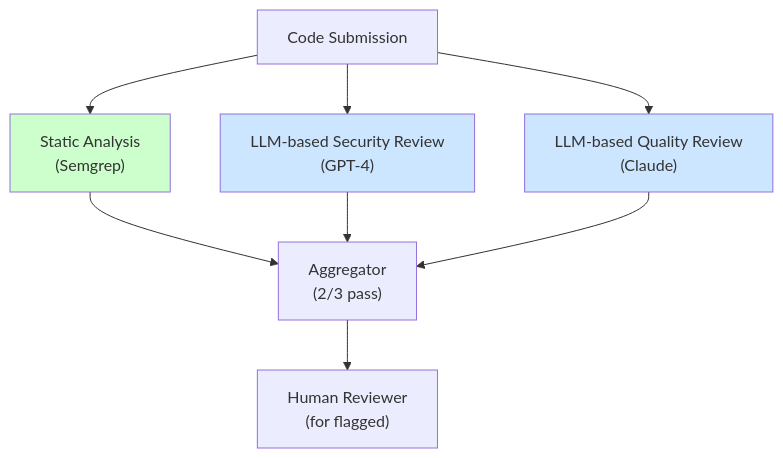
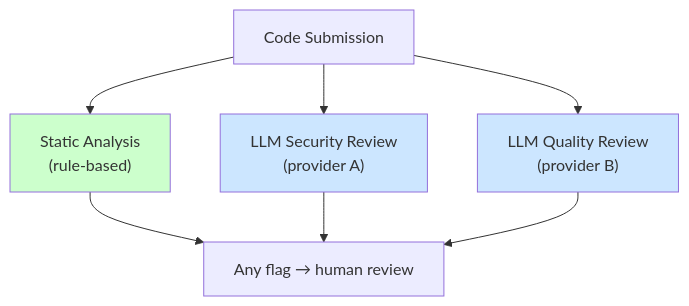
One commit to quantified-uncertainty/cairn changed the first of 9 diagrams in apps/delegation-risk/src/content/docs/entanglements/case-studies/examples.md. Above: the diagram before and after it, drawn with Mermaid. The commit also changed other lines of this file and 253 other files, not shown here.

````diff
--- a/apps/delegation-risk/src/content/docs/entanglements/case-studies/examples.md
+++ b/apps/delegation-risk/src/content/docs/entanglements/case-studies/examples.md
@@ -19,15 +23,14 @@
 ```mermaid
 flowchart TB
     CS[Code Submission]
-    CS --> SA["Static Analysis<br/>(Semgrep)"]
-    CS --> SR["LLM-based Security Review<br/>(GPT-4)"]
-    CS --> QR["LLM-based Quality Review<br/>(Claude)"]
-    SA --> AG["Aggregator<br/>(2/3 pass)"]
+    CS --> SA["Static Analysis<br/>(rule-based)"]
+    CS --> SR["LLM Security Review<br/>(provider A)"]
+    CS --> QR["LLM Quality Review<br/>(provider B)"]
+    SA --> AG["Any flag → human review"]
     SR --> AG
     QR --> AG
-    AG --> HR["Human Reviewer<br/>(for flagged)"]
 
     style SA fill:#ccffcc
     style SR fill:#cce6ff
     style QR fill:#cce6ff
 ```
````
